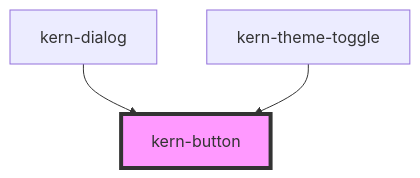
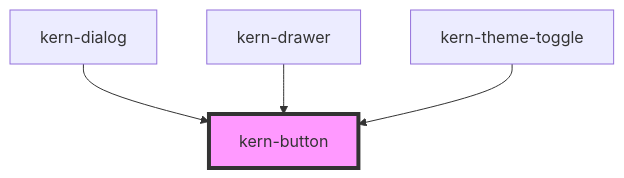
One commit to yfridelance/kern changed the diagram in src/components/kern-button/readme.md. Above: the diagram before and after it, drawn with Mermaid. The commit also changed other lines of this file and 8 other files, not shown here.

First line of the commit message:
kern-drawer: Seitenpanel

````diff
--- a/src/components/kern-button/readme.md
+++ b/src/components/kern-button/readme.md
@@ -52,6 +53,7 @@
 ```mermaid
 graph TD;
   kern-dialog --> kern-button
+  kern-drawer --> kern-button
   kern-theme-toggle --> kern-button
   style kern-button fill:#f9f,stroke:#333,stroke-width:4px
 ```
````
